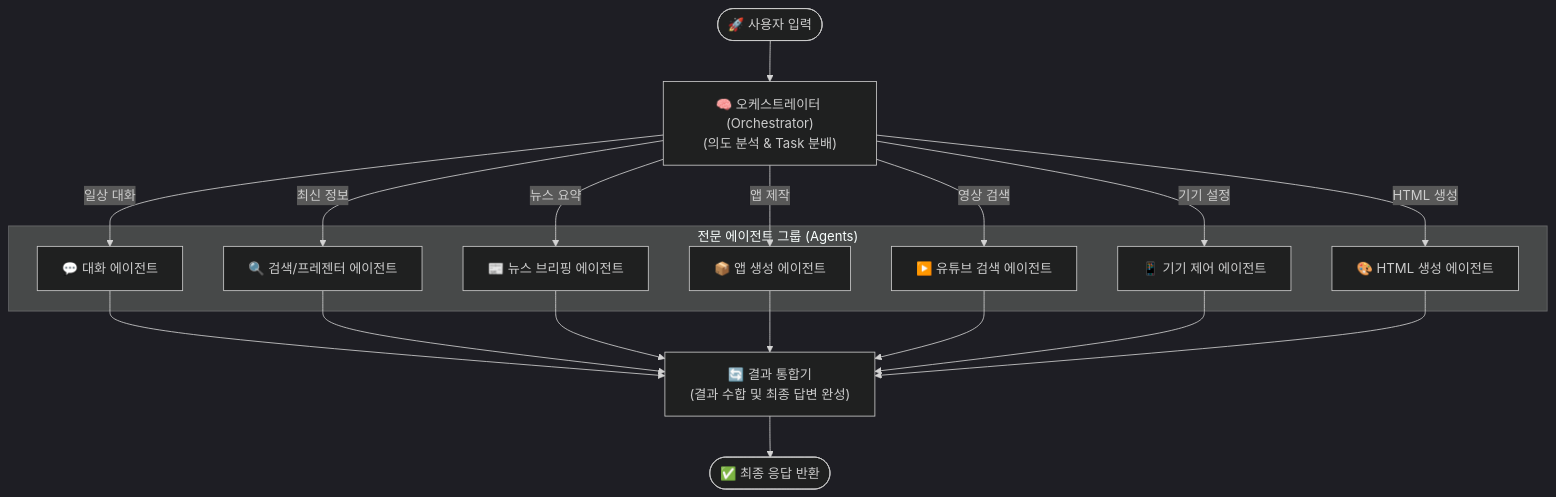
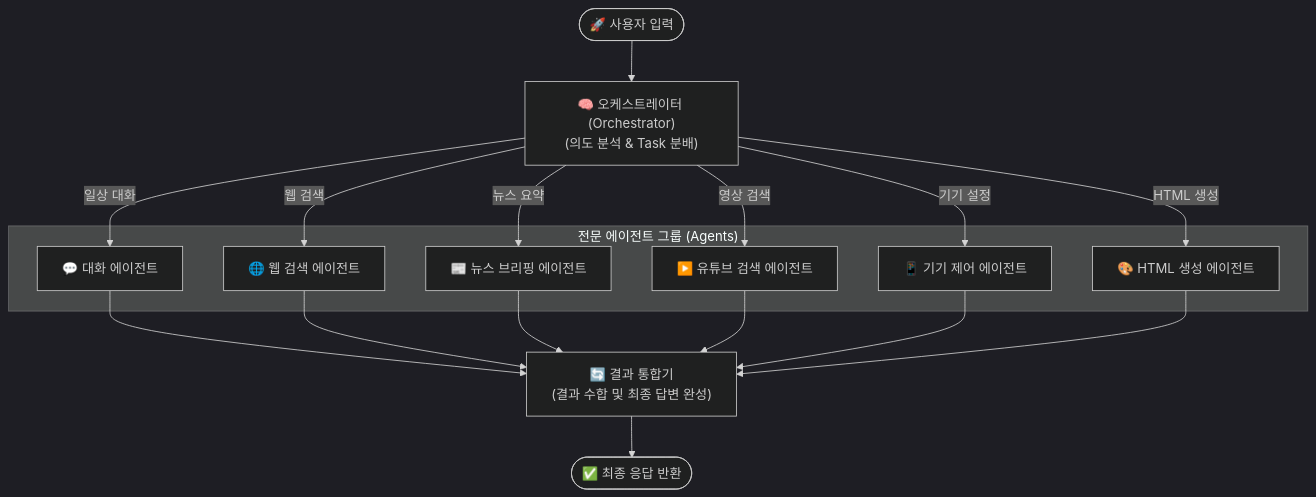
The first of 3 diagrams in README.md (shyunMin/tizen-home-agent), drawn with Mermaid (dark theme) before and after one commit. The commit also changed other lines of this file, not shown here.

Commit message:
Update README.md: Remove AppGen agent and rename Search to Web Search agent

````diff
--- a/README.md
+++ b/README.md
@@ -18,32 +18,29 @@
 ```mermaid
 graph TD
     START([🚀 사용자 입력]) --> Orchestrator["🧠 오케스트레이터 (Orchestrator)\n(의도 분석 & Task 분배)"]
     
     subgraph Agents ["전문 에이전트 그룹 (Agents)"]
         ChatAgent["💬 대화 에이전트"]
-        SearchAgent["🔍 검색/프레젠터 에이전트"]
+        WebSearchAgent["🌐 웹 검색 에이전트"]
         BriefingAgent["📰 뉴스 브리핑 에이전트"]
-        AppGenAgent["📦 앱 생성 에이전트"]
         YouTubeAgent["▶️ 유튜브 검색 에이전트"]
         DeviceAgent["📱 기기 제어 에이전트"]
         HTMLGenAgent["🎨 HTML 생성 에이전트"]
     end
     
     Orchestrator -->|일상 대화| ChatAgent
-    Orchestrator -->|최신 정보| SearchAgent
+    Orchestrator -->|웹 검색| WebSearchAgent
     Orchestrator -->|뉴스 요약| BriefingAgent
-    Orchestrator -->|앱 제작| AppGenAgent
     Orchestrator -->|영상 검색| YouTubeAgent
     Orchestrator -->|기기 설정| DeviceAgent
     Orchestrator -->|HTML 생성| HTMLGenAgent
     
     ChatAgent --> ResultIntegrator
-    SearchAgent --> ResultIntegrator
+    WebSearchAgent --> ResultIntegrator
     BriefingAgent --> ResultIntegrator
-    AppGenAgent --> ResultIntegrator
     YouTubeAgent --> ResultIntegrator
     DeviceAgent --> ResultIntegrator
     HTMLGenAgent --> ResultIntegrator
     
     ResultIntegrator["🔄 결과 통합기\n(결과 수합 및 최종 답변 완성)"] --> END([✅ 최종 응답 반환])
 ```
````
